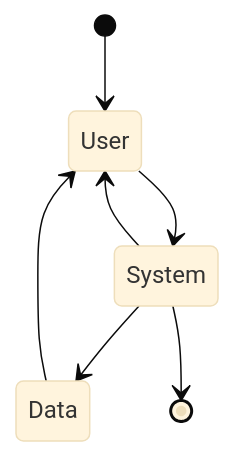
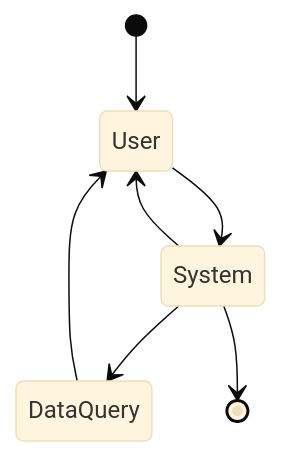
The diagram in docs/MGFD_System_Design/My_MGFD_Design/v0.4/MGFD_Design_v0.4.1.md (xrick/mlinfo_kb_platform), drawn with Mermaid (base theme) before and after one commit. The commit also changed other lines of this file and 96 other files, not shown here.

````diff
--- a/docs/MGFD_System_Design/My_MGFD_Design/v0.4/MGFD_Design_v0.4.1.md
+++ b/docs/MGFD_System_Design/My_MGFD_Design/v0.4/MGFD_Design_v0.4.1.md
@@ -98,9 +97,9 @@
 ```mermaid
 stateDiagram-v2
 [*] --> User
 User --> System
 System --> User
-System --> Data
-Data --> User
+System --> DataQuery
+DataQuery --> User
 System -->[*]
 ```
````
